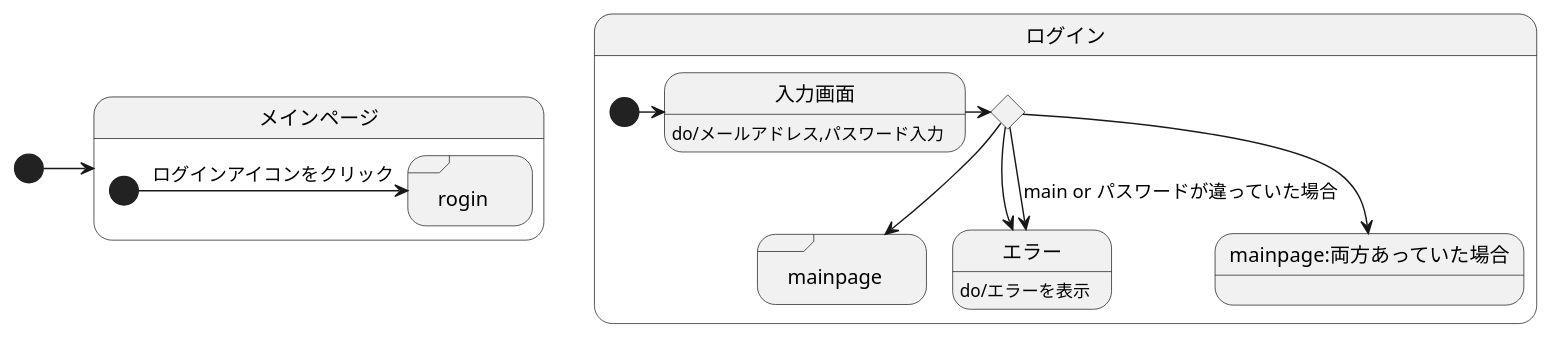
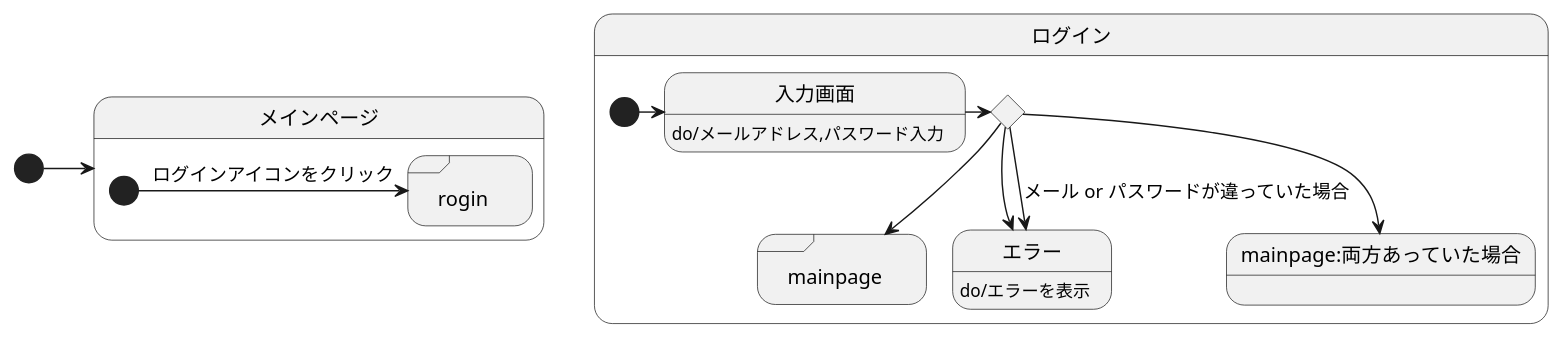
Before and after one commit to akutori/T-D-E: the diagram in UML.md, drawn with PlantUML.

Commit message:
ｄｗ

````diff
--- a/UML.md
+++ b/UML.md
@@ -1,23 +1,23 @@
 ```uml
 @startuml
 [*]->メインページ
 state メインページ{
 state rogin
     [*]-> rogin : ログインアイコンをクリック
 }
 state "rogin" <<sdlreceive>> 
 
 state ログイン{
 state input <<choice>>
 state "mainpage" <<sdlreceive>>
 入力画面:do/メールアドレス,パスワード入力
 エラー:do/エラーを表示
     [*]-> 入力画面
     入力画面->input
     input --> エラー
-    input -->エラー:main or パスワードが違っていた場合
+    input -->エラー:メール or パスワードが違っていた場合
     input --> mainpage:両方あっていた場合
     input --> mainpage
 }
 @enduml
 ```
````
